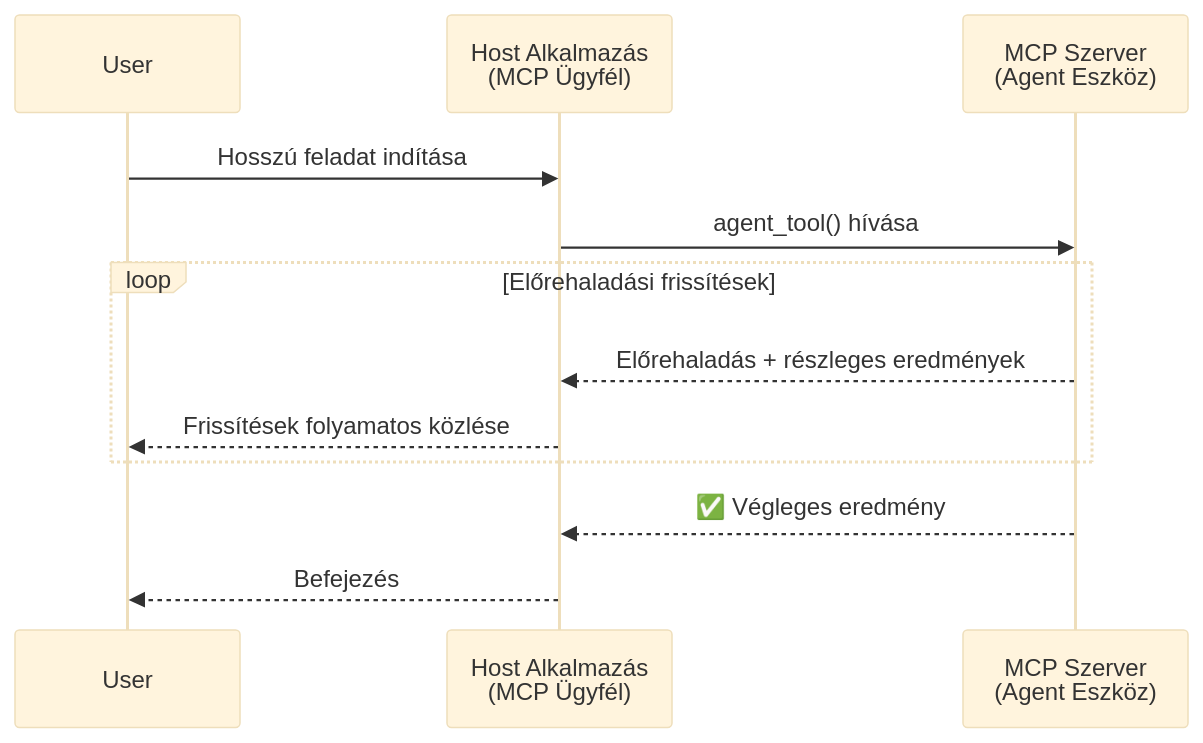
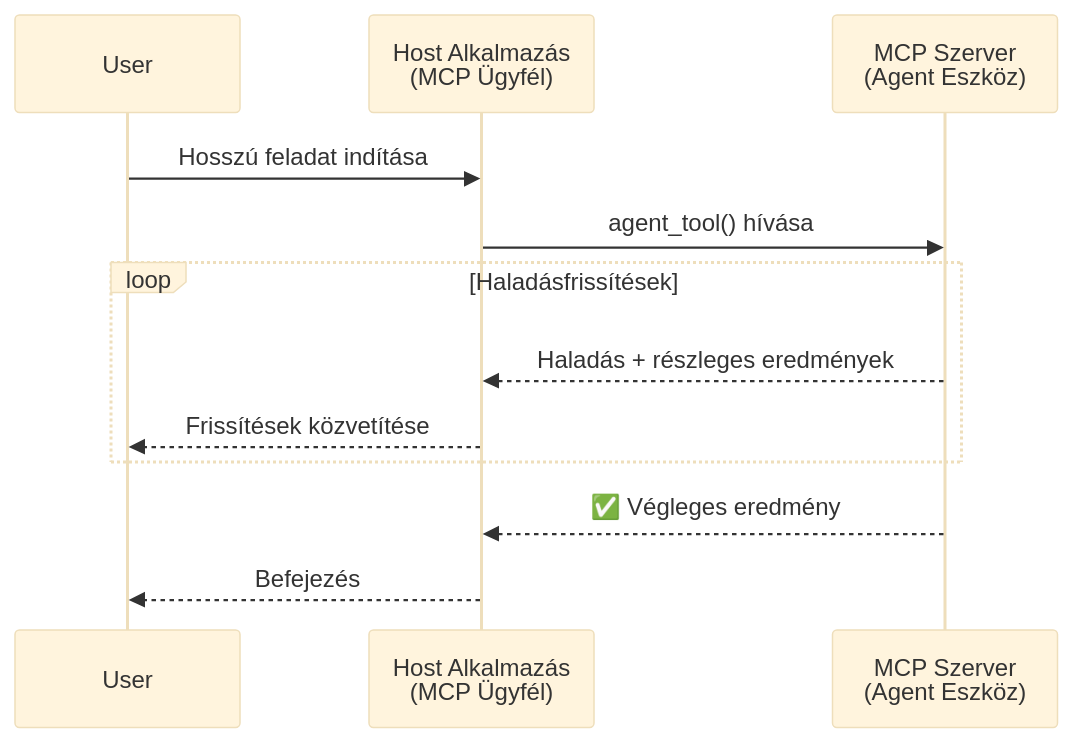
One commit to gabrielmoreira/agent-skills-mirror changed the first of 5 diagrams in mirrors/repos/microsoft@ai-agents-for-beginners/translations/hu/11-agentic-protocols/code_samples/mcp-agents/README.md. Above: the diagram before and after it, drawn with Mermaid (base theme). The commit also changed other lines of this file and 4262 other files, not shown here.

````diff
--- a/mirrors/repos/microsoft@ai-agents-for-beginners/translations/hu/11-agentic-protocols/code_samples/mcp-agents/README.md
+++ b/mirrors/repos/microsoft@ai-agents-for-beginners/translations/hu/11-agentic-protocols/code_samples/mcp-agents/README.md
@@ -46,17 +46,17 @@
 ```mermaid
 sequenceDiagram
     participant User
     participant Host as Host Alkalmazás<br/>(MCP Ügyfél)
     participant Server as MCP Szerver<br/>(Agent Eszköz)
 
     User->>Host: Hosszú feladat indítása
     Host->>Server: agent_tool() hívása
 
-    loop Előrehaladási frissítések
-        Server-->>Host: Előrehaladás + részleges eredmények
-        Host-->>User: Frissítések folyamatos közlése
+    loop Haladásfrissítések
+        Server-->>Host: Haladás + részleges eredmények
+        Host-->>User: Frissítések közvetítése
     end
 
     Server-->>Host: ✅ Végleges eredmény
     Host-->>User: Befejezés
 ```
````
